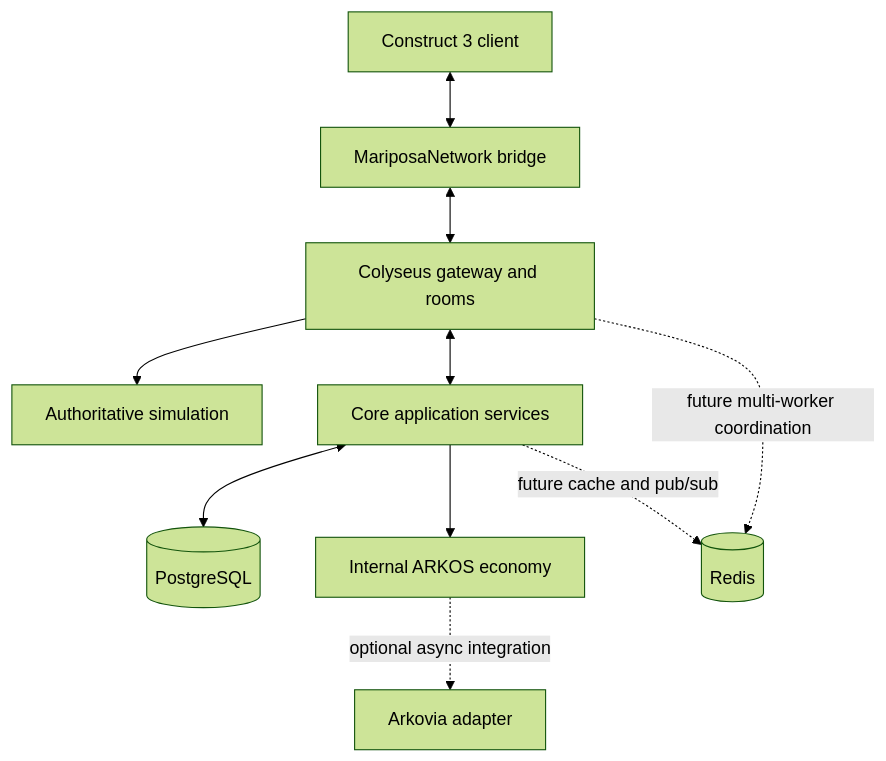
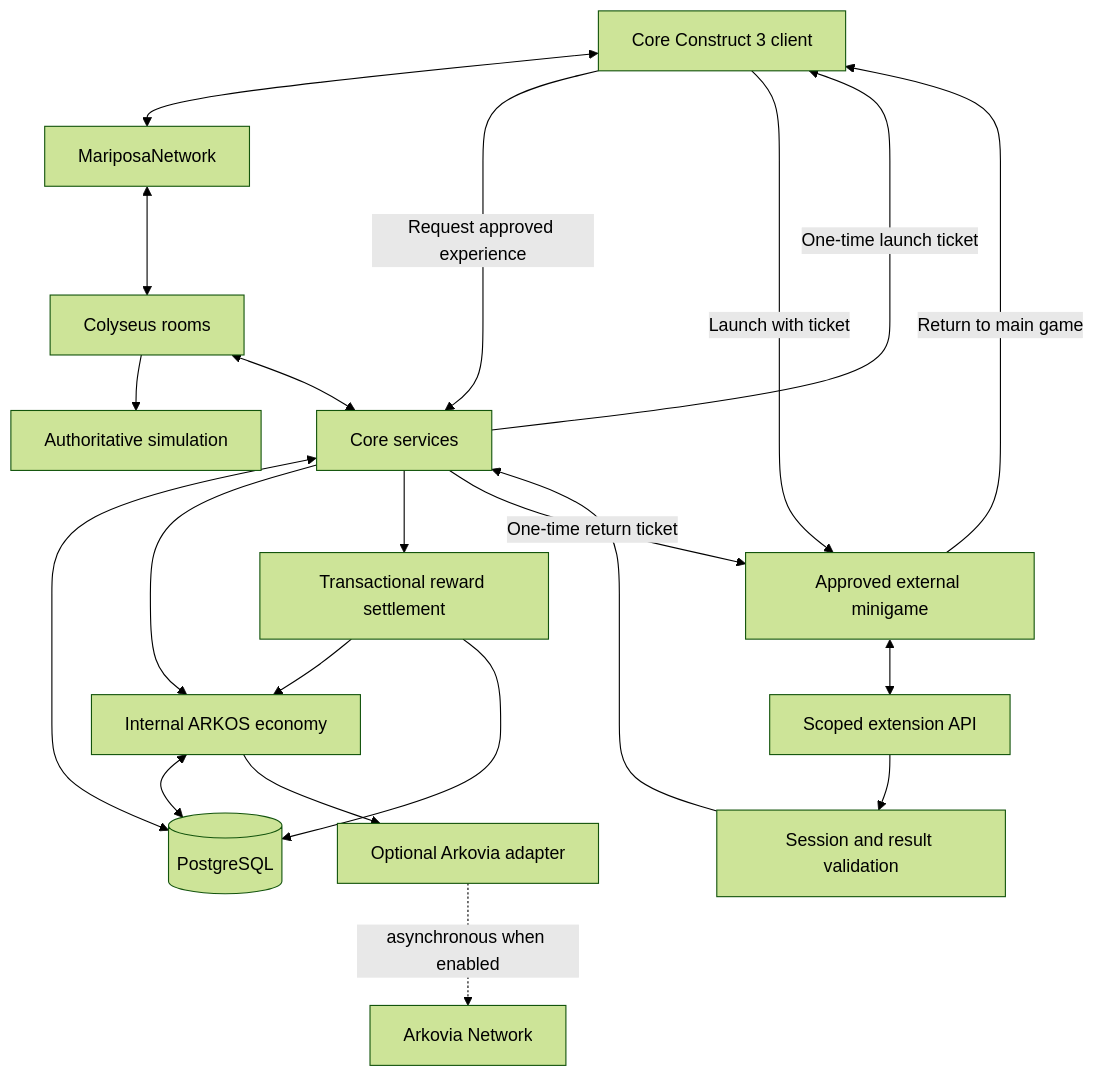
The first of 4 diagrams in docs/ARCHITECTURE.md (mycreationhaven/Mariposa-Universe-Server), drawn with Mermaid (forest theme) before and after one commit. The commit also changed other lines of this file, not shown here.

Commit message:
Adopt approved complete architecture diagram

````diff
--- a/docs/ARCHITECTURE.md
+++ b/docs/ARCHITECTURE.md
@@ -9,12 +9,28 @@
 ```mermaid
 flowchart TD
-  C["Construct 3 client"] <--> B["MariposaNetwork bridge"]
-  B <--> G["Colyseus gateway and rooms"]
-  G --> M["Authoritative simulation"]
-  G <--> S["Core application services"]
-  S <--> P[(PostgreSQL)]
-  S --> E["Internal ARKOS economy"]
-  E -. "optional async integration" .-> A["Arkovia adapter"]
-  G -. "future multi-worker coordination" .-> R[(Redis)]
-  S -. "future cache and pub/sub" .-> R
+    C3["Core Construct 3 client"] <--> MN["MariposaNetwork"]
+    MN <--> RT["Colyseus rooms"]
+    RT --> AU["Authoritative simulation"]
+    RT <--> CS["Core services"]
+
+    CS <--> PG[(PostgreSQL)]
+    CS --> EC["Internal ARKOS economy"]
+    EC <--> PG
+    EC --> AA["Optional Arkovia adapter"]
+    AA -. "asynchronous when enabled" .-> AR["Arkovia Network"]
+
+    C3 -->|"Request approved experience"| CS
+    CS -->|"One-time launch ticket"| C3
+    C3 -->|"Launch with ticket"| EX["Approved external minigame"]
+
+    EX <--> API["Scoped extension API"]
+    API --> VR["Session and result validation"]
+    VR --> CS
+
+    CS --> RW["Transactional reward settlement"]
+    RW --> EC
+    RW --> PG
+
+    CS -->|"One-time return ticket"| EX
+    EX -->|"Return to main game"| C3
 ```
````
